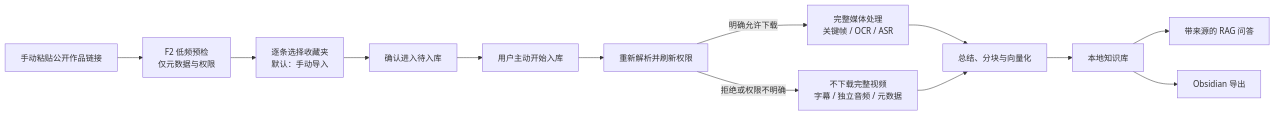
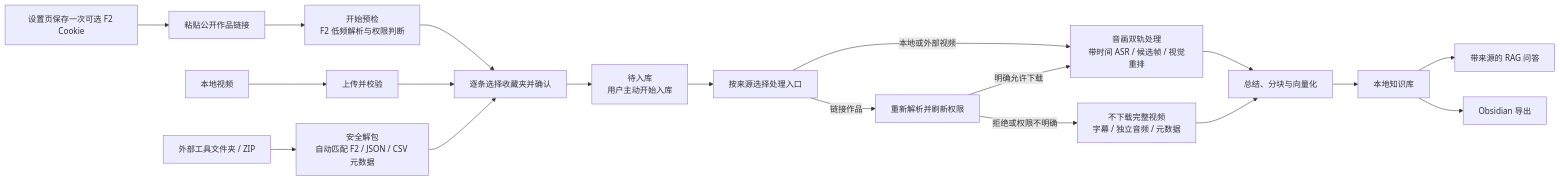
The diagram in README.md (fyfsxkh/TokBrain), drawn with Mermaid before and after one commit. The commit also changed other lines of this file and 90 other files, not shown here.

````diff
--- a/README.md
+++ b/README.md
@@ -67,15 +74,21 @@
 ```mermaid
 flowchart LR
-    A["手动粘贴公开作品链接"] --> B["F2 低频预检<br/>仅元数据与权限"]
-    B --> C["逐条选择收藏夹<br/>默认：手动导入"]
-    C --> D["确认进入待入库"]
-    D --> E["用户主动开始入库"]
-    E --> F["重新解析并刷新权限"]
-    F -->|明确允许下载| G["完整媒体处理<br/>关键帧 / OCR / ASR"]
-    F -->|拒绝或权限不明确| H["不下载完整视频<br/>字幕 / 独立音频 / 元数据"]
+    A0["设置页保存一次可选 F2 Cookie"] --> A["粘贴公开作品链接"]
+    A --> C["开始预检<br/>F2 低频解析与权限判断"]
+    A2["本地视频"] --> C2["上传并校验"]
+    A3["外部工具文件夹 / ZIP"] --> C3["安全解包<br/>自动匹配 F2 / JSON / CSV 元数据"]
+    C --> D["逐条选择收藏夹并确认"]
+    C2 --> D
+    C3 --> D
+    D --> E2["待入库<br/>用户主动开始入库"]
+    E2 --> F["按来源选择处理入口"]
+    F -->|链接作品| F2["重新解析并刷新权限"]
+    F -->|本地或外部视频| G
+    F2 -->|明确允许下载| G["音画双轨处理<br/>带时间 ASR / 候选帧 / 视觉重排"]
+    F2 -->|拒绝或权限不明确| H["不下载完整视频<br/>字幕 / 独立音频 / 元数据"]
     G --> I["总结、分块与向量化"]
     H --> I
     I --> J["本地知识库"]
     J --> K["带来源的 RAG 问答"]
     J --> L["Obsidian 导出"]
 ```
````
